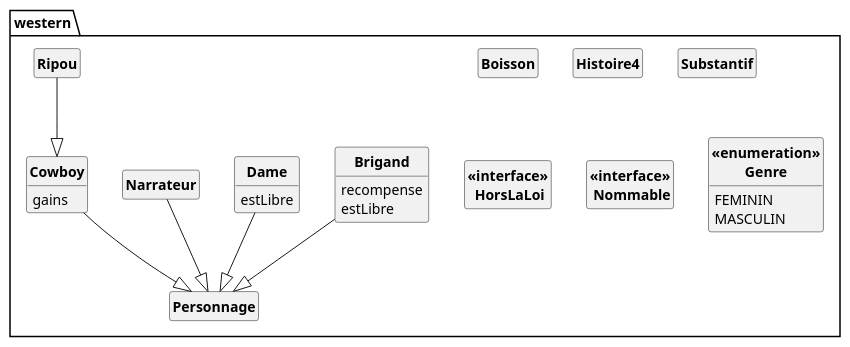
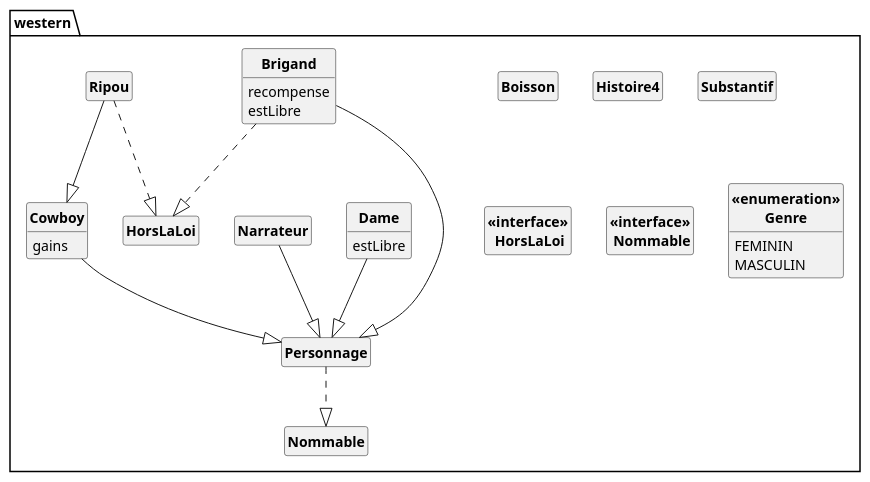
The diagram in javadoc.puml (Lykomonix/API-JAVAtoPUML), drawn with PlantUML before and after one commit. The commit also changed 5 other files, not shown here.

```diff
--- a/javadoc.puml
+++ b/javadoc.puml
@@ -1,64 +1,67 @@
 @startuml
 
 skinparam style strictuml
 skinparam classAttributeIconSize 0
 skinparam classFontStyle Bold
 hide empty members
 
 Package "western" {
 class Boisson
 {
 }
 
 class Brigand
 {
 recompense
 estLibre
 }
 Brigand --|> Personnage
+Brigand ..|> HorsLaLoi
 
 class Cowboy
 {
 gains
 }
 Cowboy --|> Personnage
 
 class Dame
 {
 estLibre
 }
 Dame --|> Personnage
 
 class Histoire4
 {
 }
 
 class Narrateur
 {
 }
 Narrateur --|> Personnage
 
 class Personnage
 {
 }
+Personnage ..|> Nommable
 
 class Ripou
 {
 }
 Ripou --|> Cowboy
+Ripou ..|> HorsLaLoi
 
 class Substantif
 {
 }
 
 class "<<interface>>\n HorsLaLoi"
 class "<<interface>>\n Nommable"
 class "<<enumeration>>\nGenre"
 {
 FEMININ
 MASCULIN
 }
 
 }
 
 @enduml
```
